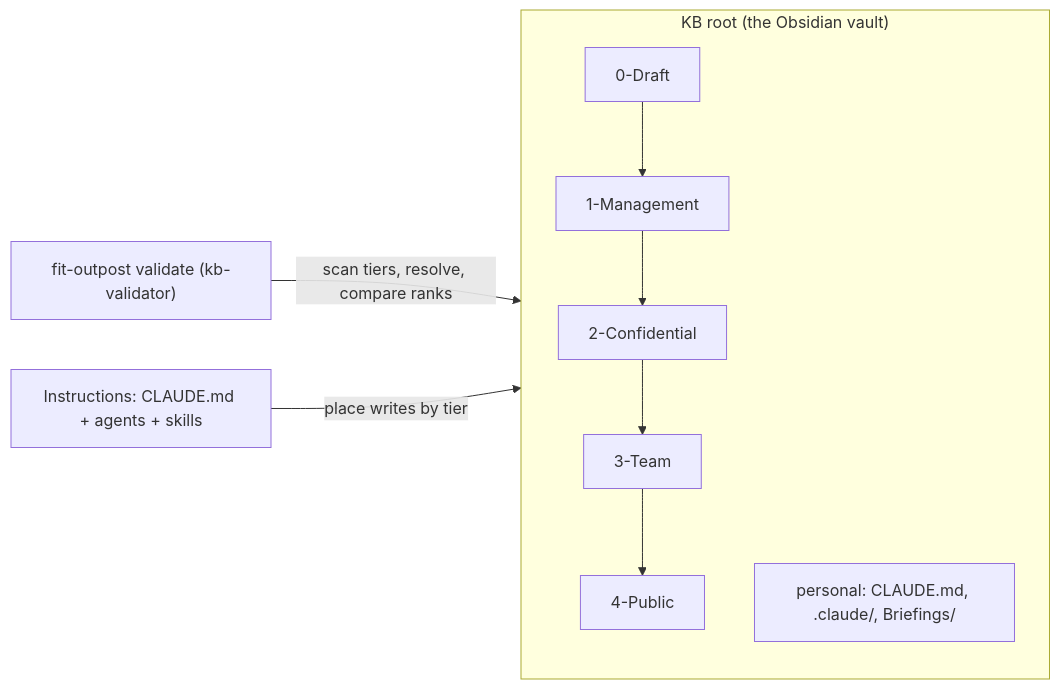
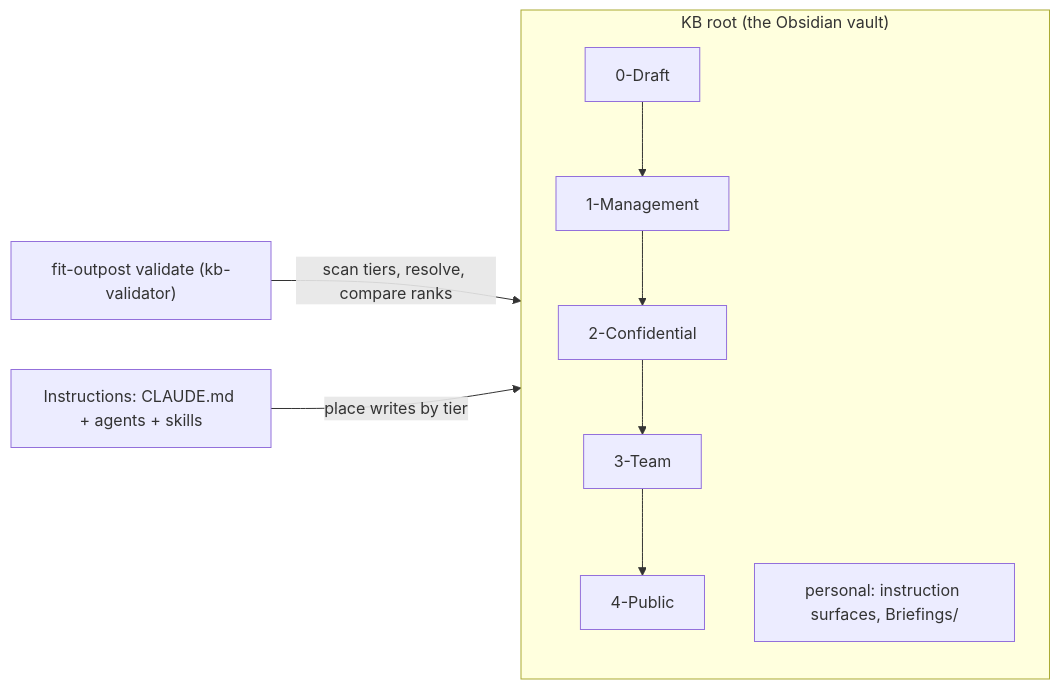
One commit to forwardimpact/monorepo changed the first of 2 diagrams in specs/2310-outpost-tiered-knowledge/design-a.md. Above: the diagram before and after it, drawn with Mermaid. The commit also changed other lines of this file and 1 other file, not shown here.

````diff
--- a/specs/2310-outpost-tiered-knowledge/design-a.md
+++ b/specs/2310-outpost-tiered-knowledge/design-a.md
@@ -33,12 +32,12 @@
 ```mermaid
 flowchart LR
   subgraph KB["KB root (the Obsidian vault)"]
     T0["0-Draft"] --> T1["1-Management"]
     T1 --> T2["2-Confidential"]
     T2 --> T3["3-Team"]
     T3 --> T4["4-Public"]
-    P["personal: CLAUDE.md, .claude/, Briefings/"]
+    P["personal: instruction surfaces, Briefings/"]
   end
   V["fit-outpost validate (kb-validator)"] -->|"scan tiers, resolve, compare ranks"| KB
   I["Instructions: CLAUDE.md + agents + skills"] -->|"place writes by tier"| KB
 ```
````
